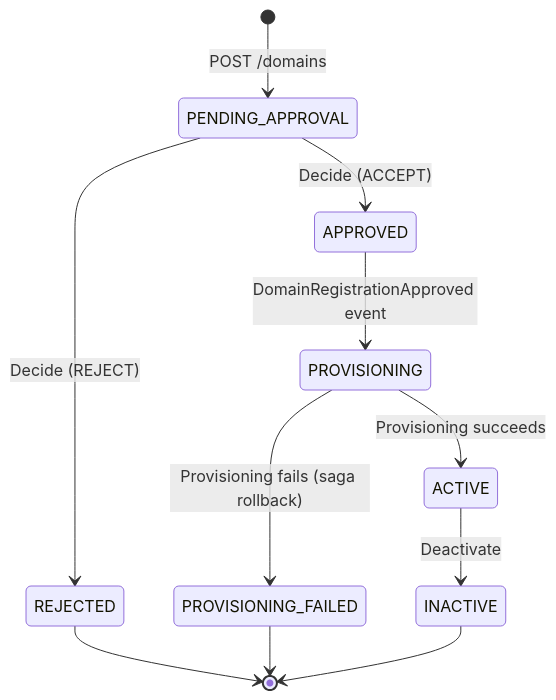
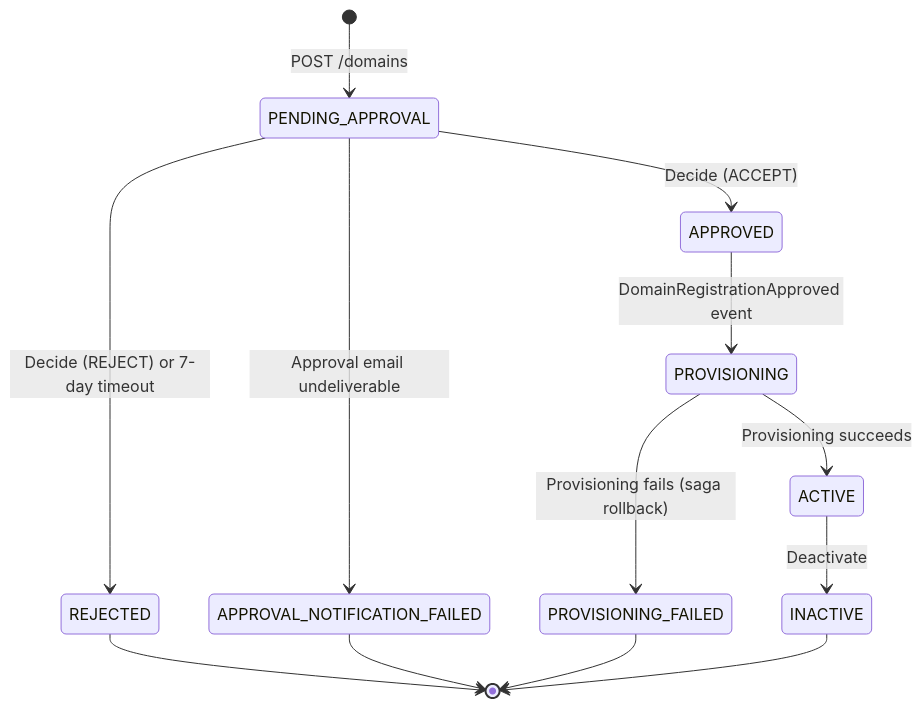
One commit to liedig/konductor4evb changed the second of 9 diagrams in docs/development/architecture.md. Above: the diagram before and after it, drawn with Mermaid. The commit also changed other lines of this file and 18 other files, not shown here.

````diff
--- a/docs/development/architecture.md
+++ b/docs/development/architecture.md
@@ -104,13 +104,15 @@
 ```mermaid
 stateDiagram-v2
     [*] --> PENDING_APPROVAL: POST /domains
     PENDING_APPROVAL --> APPROVED: Decide (ACCEPT)
-    PENDING_APPROVAL --> REJECTED: Decide (REJECT)
+    PENDING_APPROVAL --> REJECTED: Decide (REJECT) or 7-day timeout
+    PENDING_APPROVAL --> APPROVAL_NOTIFICATION_FAILED: Approval email undeliverable
     APPROVED --> PROVISIONING: DomainRegistrationApproved event
     PROVISIONING --> ACTIVE: Provisioning succeeds
     PROVISIONING --> PROVISIONING_FAILED: Provisioning fails (saga rollback)
     ACTIVE --> INACTIVE: Deactivate
     REJECTED --> [*]
+    APPROVAL_NOTIFICATION_FAILED --> [*]
     PROVISIONING_FAILED --> [*]
     INACTIVE --> [*]
 ```
````
